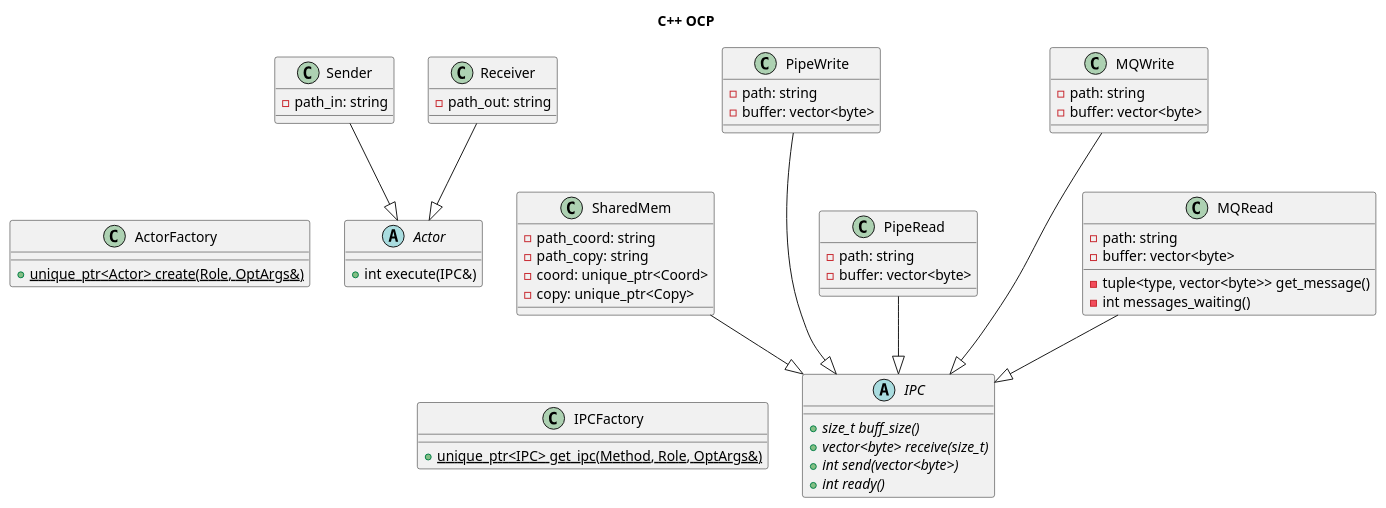
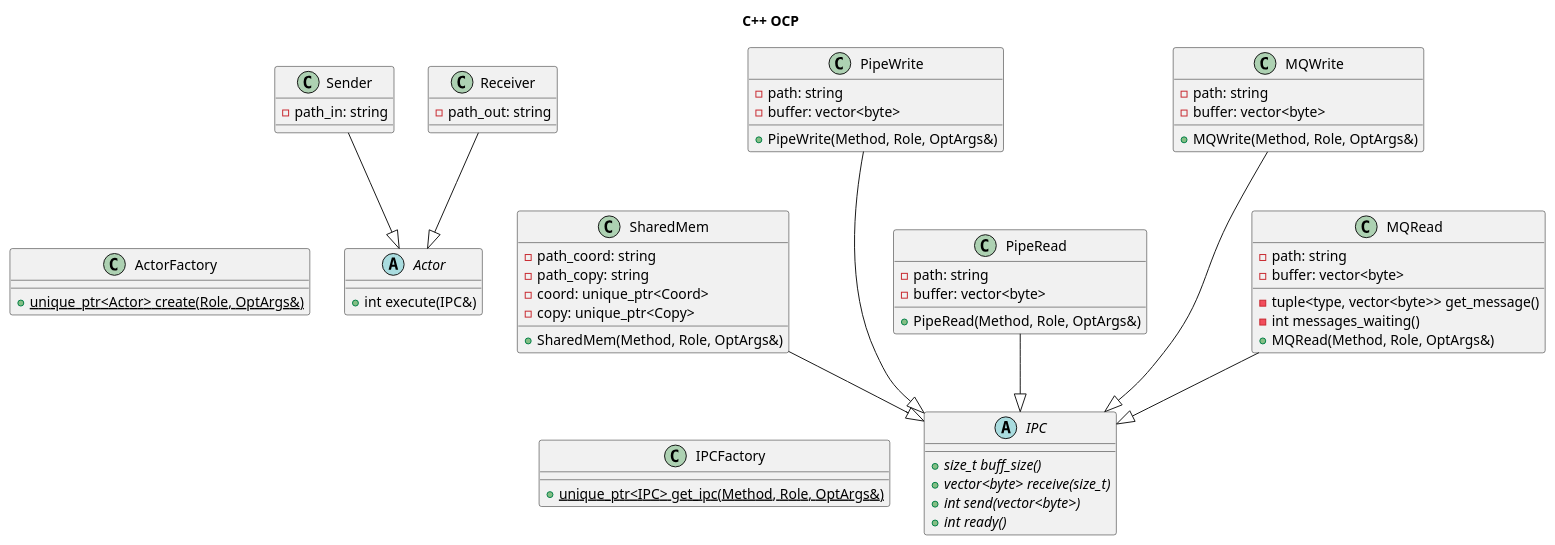
Before and after one commit to LorenzoRuffati/oop-ocp-cpp: the diagram in docs/plantuml/basic.puml, drawn with PlantUML.

Commit message:
Add constructors to plantuml

```diff
--- a/docs/plantuml/basic.puml
+++ b/docs/plantuml/basic.puml
@@ -1,67 +1,72 @@
 @startuml basic classes
 
 title C++ OCP
 
 abstract class Actor {
   +int execute(IPC&)
 }
 
 abstract class IPC {
   {abstract} +size_t buff_size()
   {abstract} +vector<byte> receive(size_t)
   {abstract} +int send(vector<byte>)
   {abstract} +int ready()
 }
 
 
 class SharedMem{
     -path_coord: string
     -path_copy: string
     -coord: unique_ptr<Coord>
     -copy: unique_ptr<Copy>
+    +SharedMem(Method, Role, OptArgs&)
 }
 class PipeRead{
     -path: string
     -buffer: vector<byte>
+    +PipeRead(Method, Role, OptArgs&)
 }
 class PipeWrite{
     -path: string
     -buffer: vector<byte>
+    +PipeWrite(Method, Role, OptArgs&)
 }
 class MQRead {
     -path: string
     -buffer: vector<byte>
     -tuple<type, vector<byte>> get_message()
     -int messages_waiting()
+    +MQRead(Method, Role, OptArgs&)
 }
 class MQWrite {
     -path: string
     -buffer: vector<byte>
+    +MQWrite(Method, Role, OptArgs&)
 }
 SharedMem --|> IPC
 PipeRead --|> IPC
 PipeWrite --|> IPC
 MQRead --|> IPC
 MQWrite --|> IPC
 
 class Sender{
     -path_in: string
 }
 class Receiver{
     -path_out: string
 }
 Sender --|> Actor
 Receiver --|> Actor
 
 class ActorFactory {
   {static} +unique_ptr<Actor> create(Role, OptArgs&)
 }
 class IPCFactory {
   {static} +unique_ptr<IPC> get_ipc(Method, Role, OptArgs&)
 }
 
 ActorFactory -[hidden] Actor
 IPCFactory -[hidden] IPC
 MQWrite -[hidden]- MQRead
 PipeWrite -[hidden]- PipeRead
 @enduml
```
